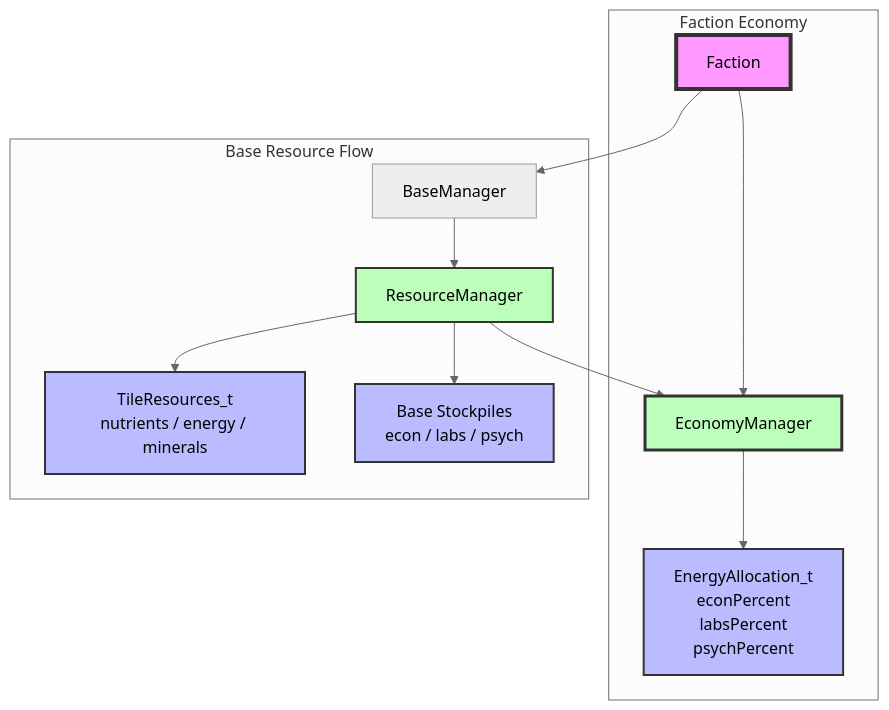
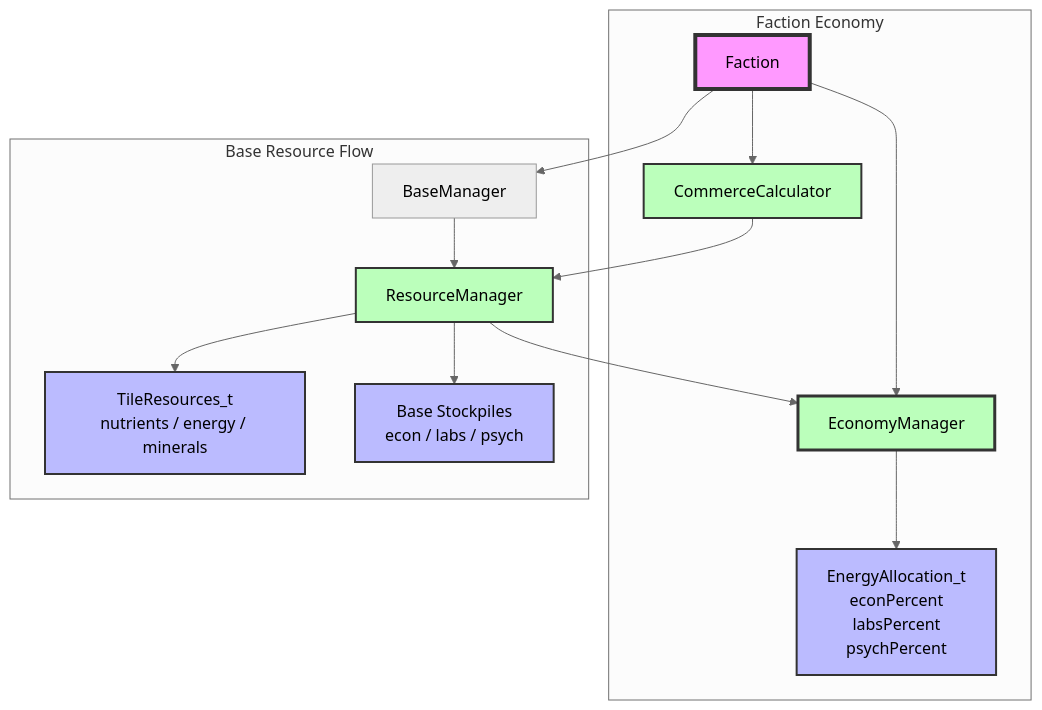
Before and after one commit to kilianloftis/alpha-centauri: the diagram in docs/architecture/economy-system.md, drawn with Mermaid (neutral theme). The commit also changed other lines of this file and 37 other files, not shown here.

````diff
--- a/docs/architecture/economy-system.md
+++ b/docs/architecture/economy-system.md
@@ -3,31 +3,35 @@
 ```mermaid
 graph TB
     subgraph "Faction Economy"
         Faction[Faction]
         EconomyManager[EconomyManager]
         EnergyAllocation[EnergyAllocation_t<br/>econPercent<br/>labsPercent<br/>psychPercent]
+        CommerceCalculator[CommerceCalculator]
     end
 
     subgraph "Base Resource Flow"
         BaseManager[BaseManager]
         ResourceManager[ResourceManager]
         TileResources[TileResources_t<br/>nutrients / energy / minerals]
         Stockpiles[Base Stockpiles<br/>econ / labs / psych]
     end
 
     Faction --> EconomyManager
     EconomyManager --> EnergyAllocation
+    Faction --> CommerceCalculator
+    CommerceCalculator --> ResourceManager
 
     Faction --> BaseManager
     BaseManager --> ResourceManager
     ResourceManager --> EconomyManager
     ResourceManager --> TileResources
     ResourceManager --> Stockpiles
 
     style Faction fill:#f9f,stroke:#333,stroke-width:4px
     style EconomyManager fill:#bfb,stroke:#333,stroke-width:3px
+    style CommerceCalculator fill:#bfb,stroke:#333,stroke-width:2px
     style ResourceManager fill:#bfb,stroke:#333,stroke-width:2px
     style EnergyAllocation fill:#bbf,stroke:#333,stroke-width:2px
     style TileResources fill:#bbf,stroke:#333,stroke-width:2px
     style Stockpiles fill:#bbf,stroke:#333,stroke-width:2px
 ```
````
